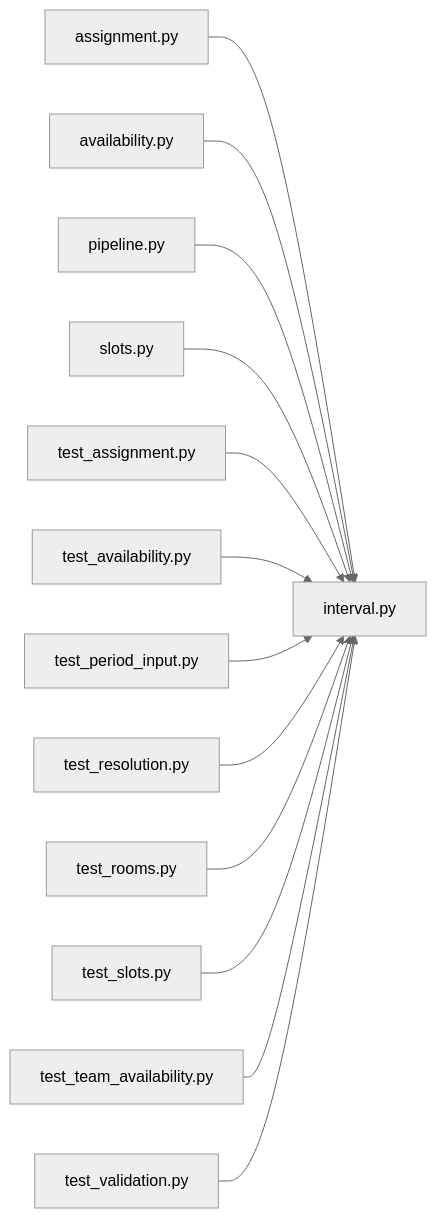
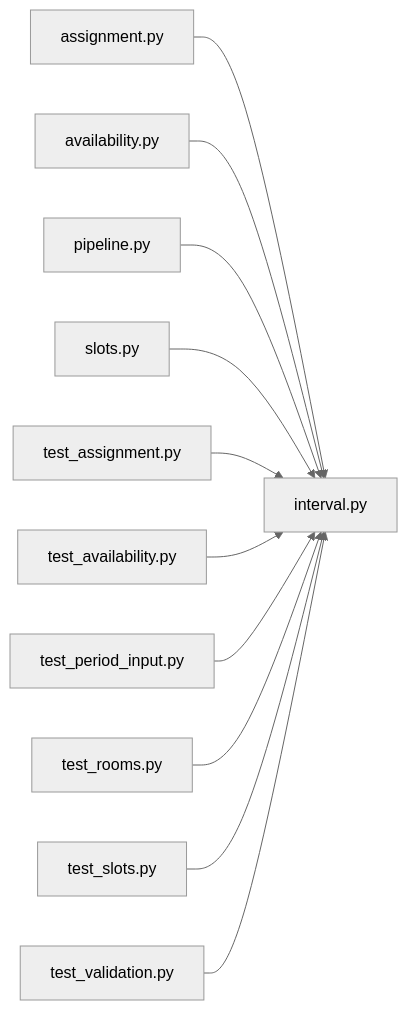
The diagram in .cluedoc/graph/backend/src/backend/scheduling/interval.md (minkong-dev/Banblit), drawn with Mermaid (neutral theme) before and after one commit. The commit also changed other lines of this file and 64 other files, not shown here.

````diff
--- a/.cluedoc/graph/backend/src/backend/scheduling/interval.md
+++ b/.cluedoc/graph/backend/src/backend/scheduling/interval.md
@@ -10,16 +10,14 @@
 ```mermaid
 flowchart LR
   backend_src_backend_scheduling_interval["interval.py"]
   backend_src_backend_scheduling_assignment["assignment.py"] --> backend_src_backend_scheduling_interval
   backend_src_backend_scheduling_availability["availability.py"] --> backend_src_backend_scheduling_interval
   backend_src_backend_scheduling_pipeline["pipeline.py"] --> backend_src_backend_scheduling_interval
   backend_src_backend_scheduling_slots["slots.py"] --> backend_src_backend_scheduling_interval
   backend_tests_unit_test_assignment["test_assignment.py"] --> backend_src_backend_scheduling_interval
   backend_tests_unit_test_availability["test_availability.py"] --> backend_src_backend_scheduling_interval
   backend_tests_unit_test_period_input["test_period_input.py"] --> backend_src_backend_scheduling_interval
-  backend_tests_unit_test_resolution["test_resolution.py"] --> backend_src_backend_scheduling_interval
   backend_tests_unit_test_rooms["test_rooms.py"] --> backend_src_backend_scheduling_interval
   backend_tests_unit_test_slots["test_slots.py"] --> backend_src_backend_scheduling_interval
-  backend_tests_unit_test_team_availability["test_team_availability.py"] --> backend_src_backend_scheduling_interval
   backend_tests_unit_test_validation["test_validation.py"] --> backend_src_backend_scheduling_interval
 ```
````
